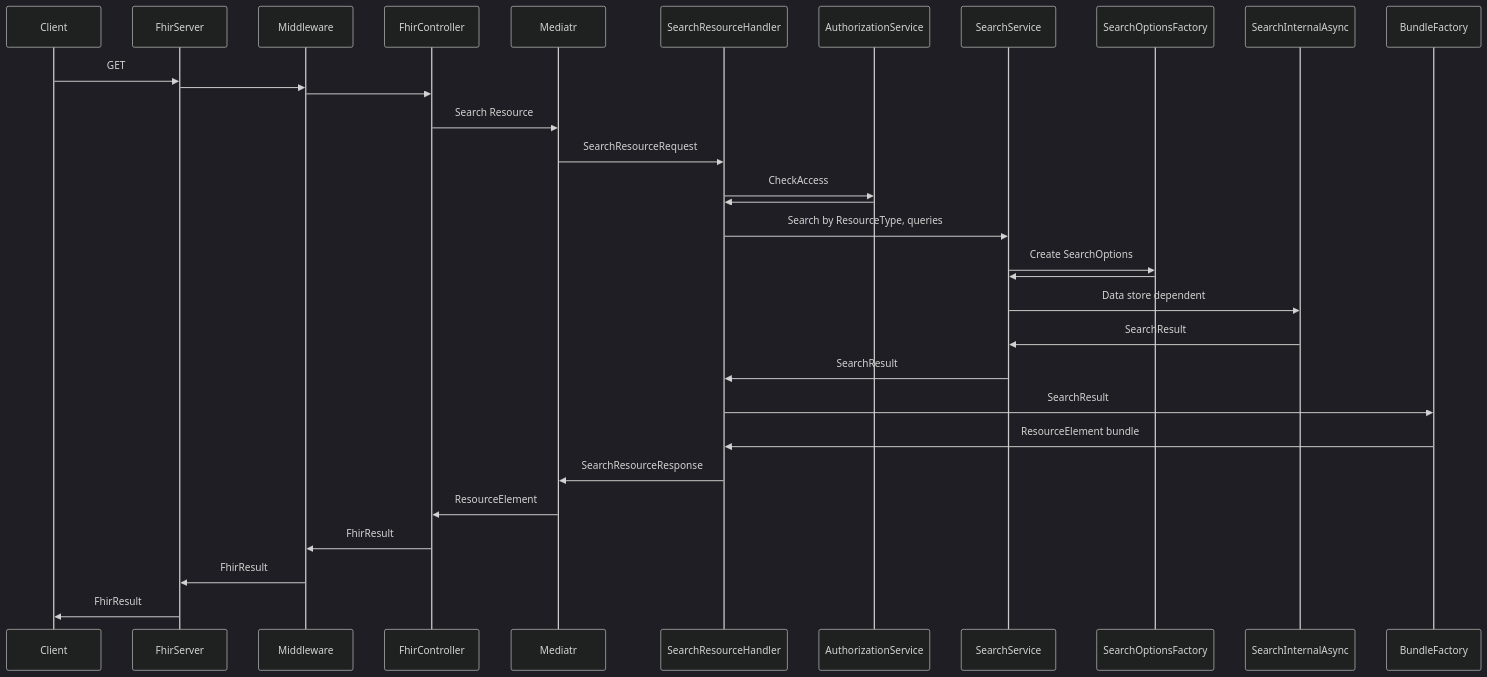
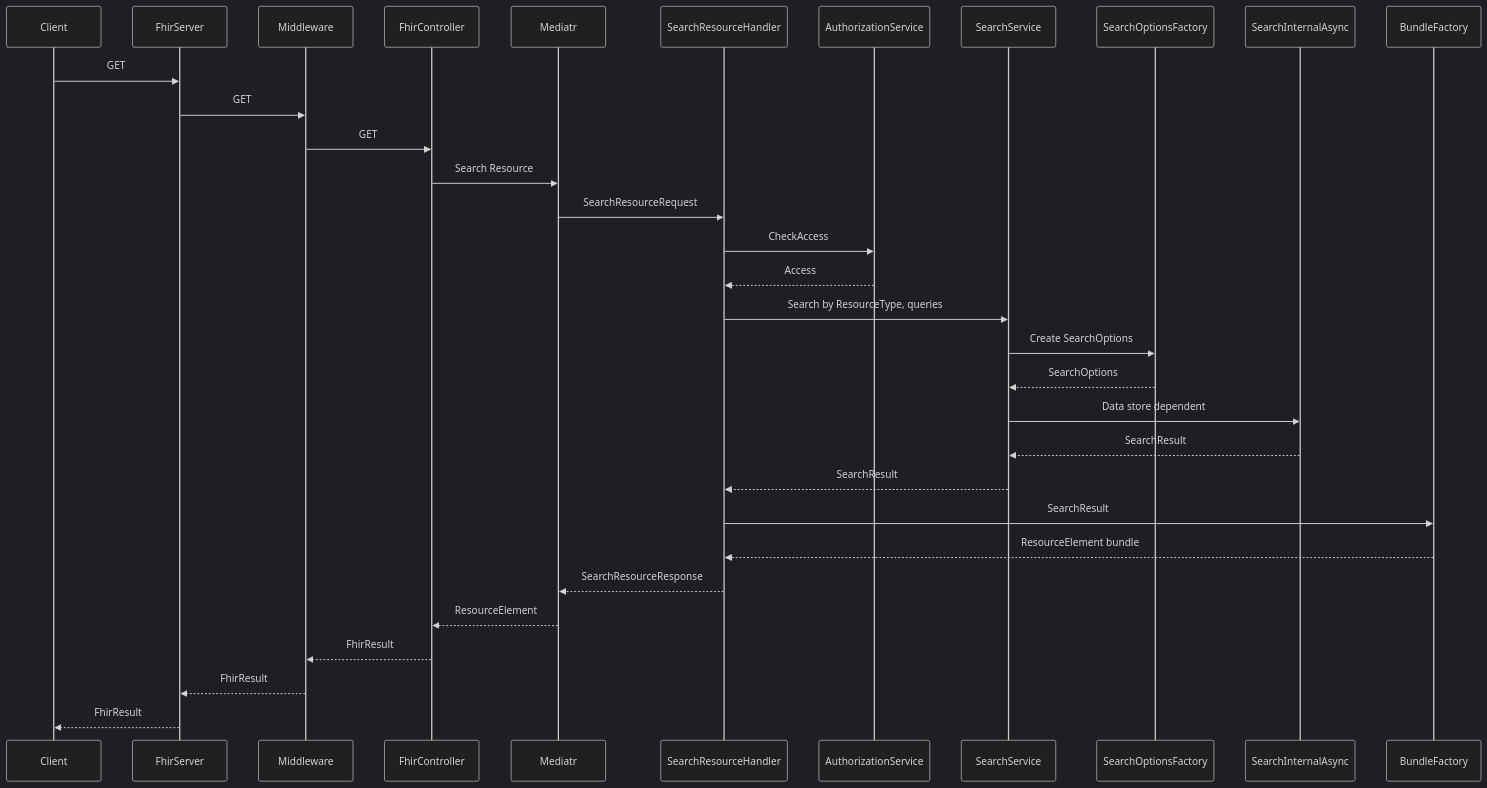
One commit to microsoft/fhir-server changed the diagram in docs/flow diagrams/search-api.md. Above: the diagram before and after it, drawn with Mermaid (dark theme). The commit also changed 3 other files, not shown here.

Commit message:
Add comments for the sequences

````diff
--- a/docs/flow diagrams/search-api.md
+++ b/docs/flow diagrams/search-api.md
@@ -1,23 +1,23 @@
 ```mermaid
 sequenceDiagram
     Client->>FhirServer: GET
-    FhirServer->>Middleware:
-    Middleware->>FhirController:
+    FhirServer->>Middleware: GET
+    Middleware->>FhirController: GET
     FhirController->>Mediatr: Search Resource
     Mediatr->>SearchResourceHandler: SearchResourceRequest
     SearchResourceHandler->>AuthorizationService: CheckAccess
-    AuthorizationService->>SearchResourceHandler:
+    AuthorizationService-->>SearchResourceHandler: Access
     SearchResourceHandler->>SearchService: Search by ResourceType, queries
     SearchService->>SearchOptionsFactory: Create SearchOptions
-    SearchOptionsFactory->>SearchService:
+    SearchOptionsFactory-->>SearchService: SearchOptions
     SearchService->>SearchInternalAsync: Data store dependent
-    SearchInternalAsync->>SearchService: SearchResult
-    SearchService->>SearchResourceHandler: SearchResult
+    SearchInternalAsync-->>SearchService: SearchResult
+    SearchService-->>SearchResourceHandler: SearchResult
     SearchResourceHandler->>BundleFactory: SearchResult
-    BundleFactory->>SearchResourceHandler: ResourceElement bundle
-    SearchResourceHandler->>Mediatr: SearchResourceResponse
-    Mediatr->>FhirController: ResourceElement
-    FhirController->>Middleware: FhirResult
-    Middleware->>FhirServer: FhirResult
-    FhirServer->>Client: FhirResult
+    BundleFactory-->>SearchResourceHandler: ResourceElement bundle
+    SearchResourceHandler-->>Mediatr: SearchResourceResponse
+    Mediatr-->>FhirController: ResourceElement
+    FhirController-->>Middleware: FhirResult
+    Middleware-->>FhirServer: FhirResult
+    FhirServer-->>Client: FhirResult
 ```
````
